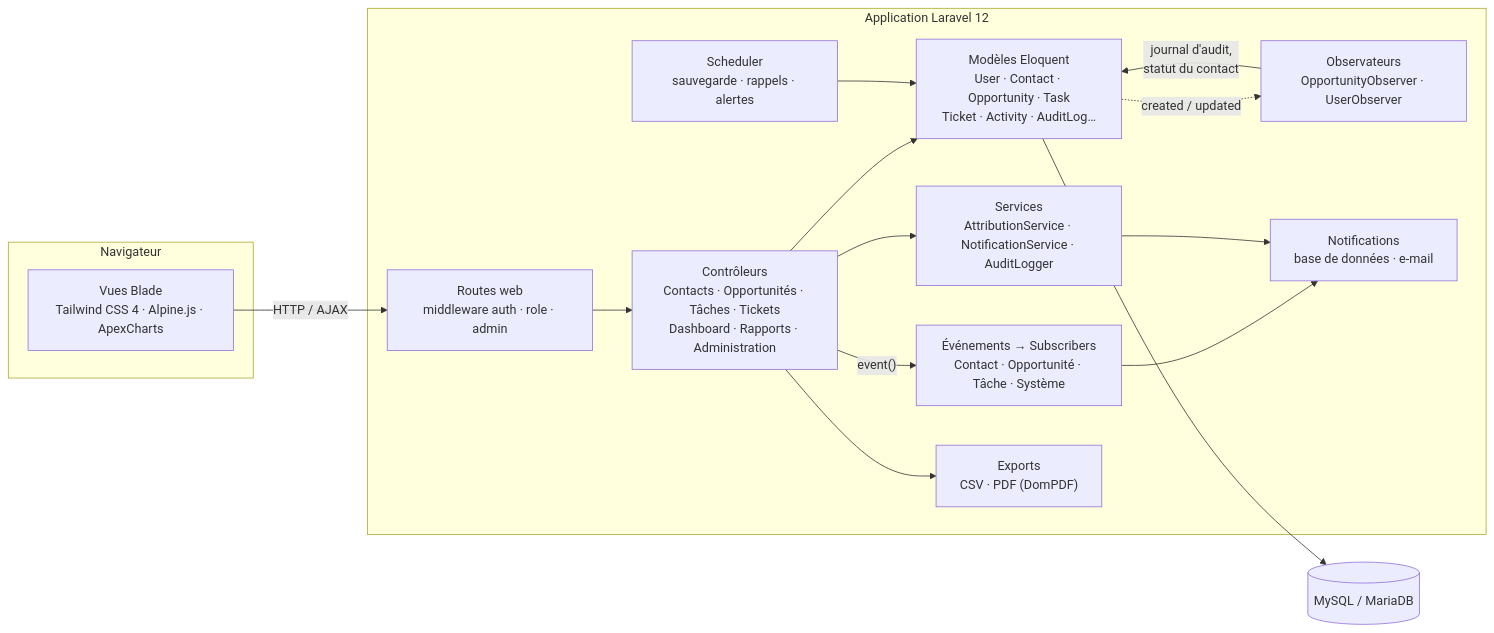
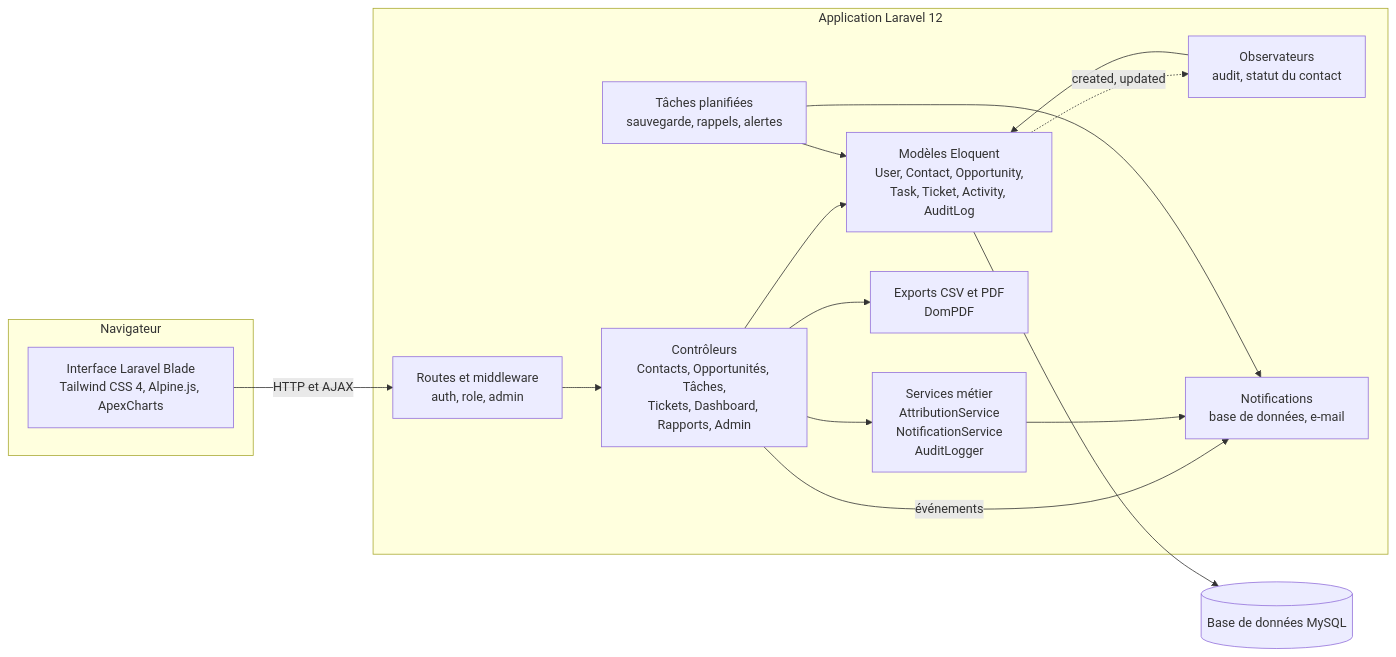
The diagram in README.md (cedrickemmanuel25/CRM), drawn with Mermaid before and after one commit. The commit also changed other lines of this file and 39 other files, not shown here.

````diff
--- a/README.md
+++ b/README.md
@@ -73,30 +122,32 @@
 ```mermaid
 flowchart LR
-    subgraph Navigateur
-        UI["Vues Blade<br/>Tailwind CSS 4 · Alpine.js · ApexCharts"]
+    subgraph Client["Navigateur"]
+        UI["Interface Laravel Blade<br/>Tailwind CSS 4, Alpine.js, ApexCharts"]
     end
 
-    subgraph Laravel["Application Laravel 12"]
-        R["Routes web<br/>middleware auth · role · admin"]
-        C["Contrôleurs<br/>Contacts · Opportunités · Tâches · Tickets<br/>Dashboard · Rapports · Administration"]
-        S["Services<br/>AttributionService · NotificationService · AuditLogger"]
-        M["Modèles Eloquent<br/>User · Contact · Opportunity · Task<br/>Ticket · Activity · AuditLog…"]
-        O["Observateurs<br/>OpportunityObserver · UserObserver"]
-        E["Événements → Subscribers<br/>Contact · Opportunité · Tâche · Système"]
-        N["Notifications<br/>base de données · e-mail"]
-        P["Exports<br/>CSV · PDF (DomPDF)"]
-        K["Scheduler<br/>sauvegarde · rappels · alertes"]
+    subgraph App["Application Laravel 12"]
+        R["Routes et middleware<br/>auth, role, admin"]
+        C["Contrôleurs<br/>Contacts, Opportunités, Tâches,<br/>Tickets, Dashboard, Rapports, Admin"]
+        S["Services métier<br/>AttributionService<br/>NotificationService<br/>AuditLogger"]
+        M["Modèles Eloquent<br/>User, Contact, Opportunity,<br/>Task, Ticket, Activity, AuditLog"]
+        O["Observateurs<br/>audit, statut du contact"]
+        N["Notifications<br/>base de données, e-mail"]
+        P["Exports CSV et PDF<br/>DomPDF"]
+        K["Tâches planifiées<br/>sauvegarde, rappels, alertes"]
     end
 
-    DB[("MySQL / MariaDB")]
+    DB[("Base de données MySQL")]
 
-    UI -- "HTTP / AJAX" --> R --> C
+    UI -->|HTTP et AJAX| R
+    R --> C
     C --> S
     C --> M
     C --> P
+    C -->|événements| N
+    S --> N
     M --> DB
-    M -. "created / updated" .-> O -- "journal d'audit,<br/>statut du contact" --> M
-    C -- "event()" --> E --> N
-    S --> N
+    M -.->|created, updated| O
+    O --> M
     K --> M
+    K --> N
 ```
````
